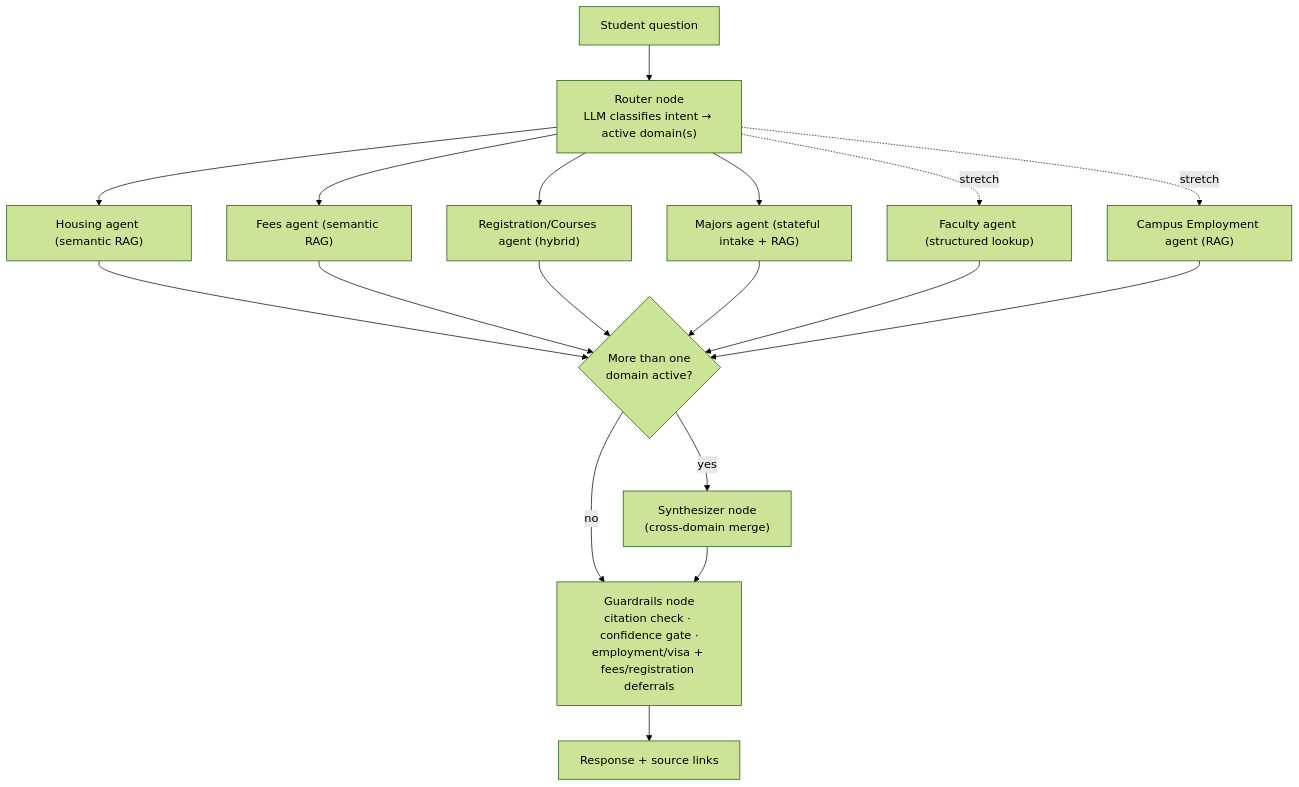
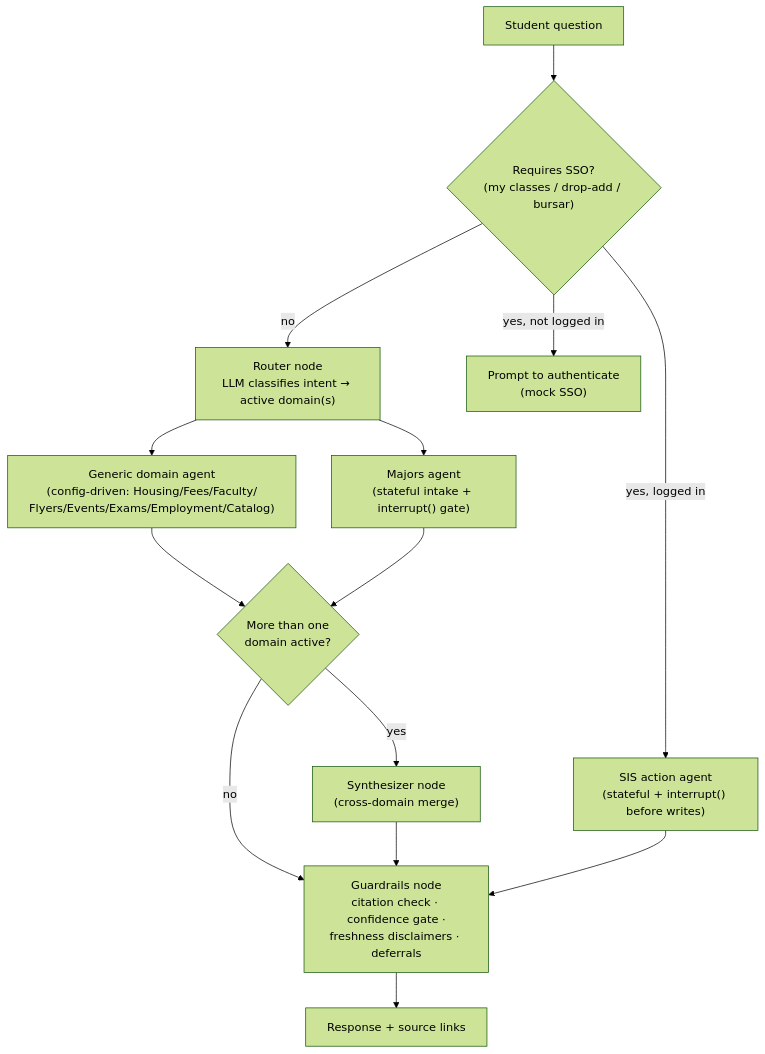
Before and after one commit to Madhan120-prog/tigermind: the diagram in PLAN.md, drawn with Mermaid (forest theme). The commit also changed other lines of this file and 16 other files, not shown here.

First line of the commit message:
Rename project to TigerMind, expand to 3-tier v4 architecture

````diff
--- a/PLAN.md
+++ b/PLAN.md
@@ -69,24 +99,22 @@
 ```mermaid
 graph TB
-    Q["Student question"] --> R["Router node<br/>LLM classifies intent → active domain(s)"]
+    Q["Student question"] --> AUTH{"Requires SSO?<br/>(my classes / drop-add / bursar)"}
 
-    R --> H["Housing agent (semantic RAG)"]
-    R --> F["Fees agent (semantic RAG)"]
-    R --> C["Registration/Courses agent (hybrid)"]
-    R --> M["Majors agent (stateful intake + RAG)"]
-    R -.stretch.-> FAC["Faculty agent (structured lookup)"]
-    R -.stretch.-> E["Campus Employment agent (RAG)"]
+    AUTH -- no --> R["Router node<br/>LLM classifies intent → active domain(s)"]
+    AUTH -- yes, not logged in --> LOGIN["Prompt to authenticate<br/>(mock SSO)"]
+    AUTH -- yes, logged in --> SIS["SIS action agent<br/>(stateful + interrupt() before writes)"]
 
-    H --> D{"More than one<br/>domain active?"}
-    F --> D
-    C --> D
+    R --> GEN["Generic domain agent<br/>(config-driven: Housing/Fees/Faculty/<br/>Flyers/Events/Exams/Employment/Catalog)"]
+    R --> M["Majors agent<br/>(stateful intake + interrupt() gate)"]
+
+    GEN --> D{"More than one<br/>domain active?"}
     M --> D
-    FAC --> D
-    E --> D
 
     D -- yes --> S["Synthesizer node<br/>(cross-domain merge)"]
     D -- no --> G["Guardrails node"]
     S --> G
 
-    G["Guardrails node<br/>citation check · confidence gate ·<br/>employment/visa + fees/registration deferrals"] --> OUT["Response + source links"]
+    SIS --> G
+
+    G["Guardrails node<br/>citation check · confidence gate ·<br/>freshness disclaimers · deferrals"] --> OUT["Response + source links"]
 ```
````
